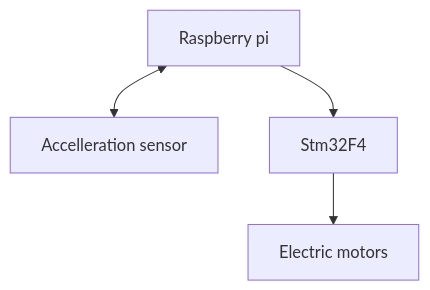
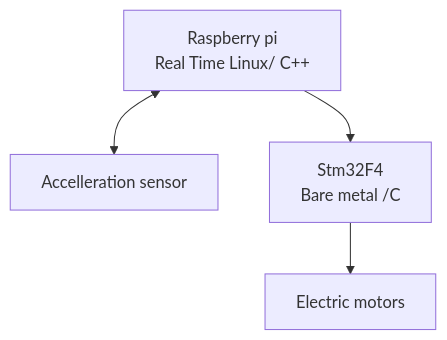
The diagram in docs/index.md (inpgbburda/FlyMatic), drawn with Mermaid before and after one commit. The commit also changed 2 other files, not shown here.

Commit message:
Add angle sensing page

````diff
--- a/docs/index.md
+++ b/docs/index.md
@@ -13,6 +13,9 @@
 ``` mermaid
-graph TD
-    A[Raspberry pi] <--> B[Accelleration sensor]
-    A --> C[Stm32F4]
+    graph TD
+    
+    A[Raspberry pi
+    Real Time Linux/ C++] <--> B[Accelleration sensor]
+    A --> C[Stm32F4 
+    Bare metal /C]
     C --> D[Electric motors]
 ```
````
